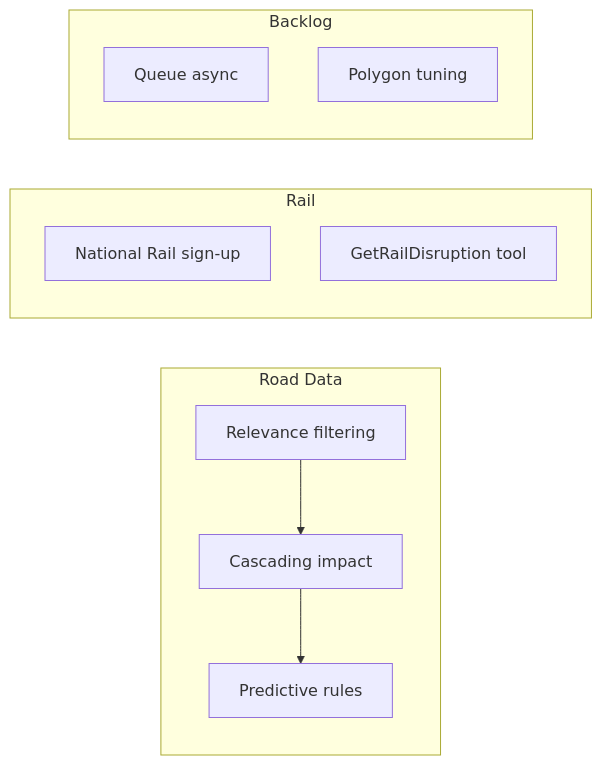
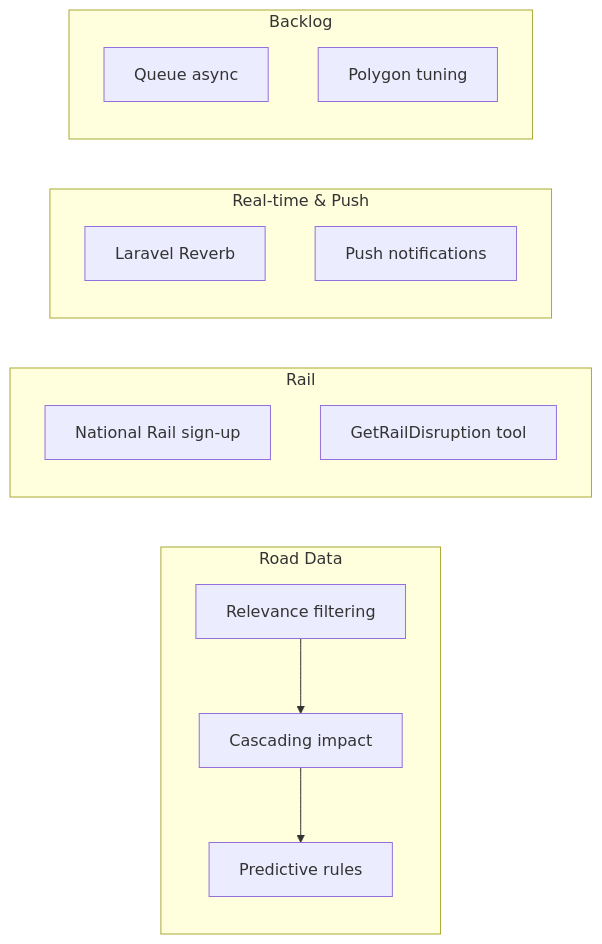
The diagram in docs/NEXT_STEPS.md (iammikek/floodwatch), drawn with Mermaid before and after one commit. The commit also changed other lines of this file and 16 other files, not shown here.

First line of the commit message:
Add bookmarks, admin dashboard, push/realtime plan, danger-to-life emergency info

````diff
--- a/docs/NEXT_STEPS.md
+++ b/docs/NEXT_STEPS.md
@@ -5,21 +5,26 @@
 ```mermaid
 flowchart LR
     subgraph Road["Road Data"]
         R1[Relevance filtering]
         R2[Cascading impact]
         R3[Predictive rules]
     end
 
     subgraph Rail["Rail"]
         N1[National Rail sign-up]
         N2[GetRailDisruption tool]
     end
 
+    subgraph Realtime["Real-time & Push"]
+        RT1[Laravel Reverb]
+        RT2[Push notifications]
+    end
+
     subgraph Backlog["Backlog"]
         B1[Queue async]
         B2[Polygon tuning]
     end
 
     R1 --> R2
     R2 --> R3
 ```
````
